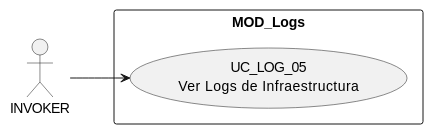
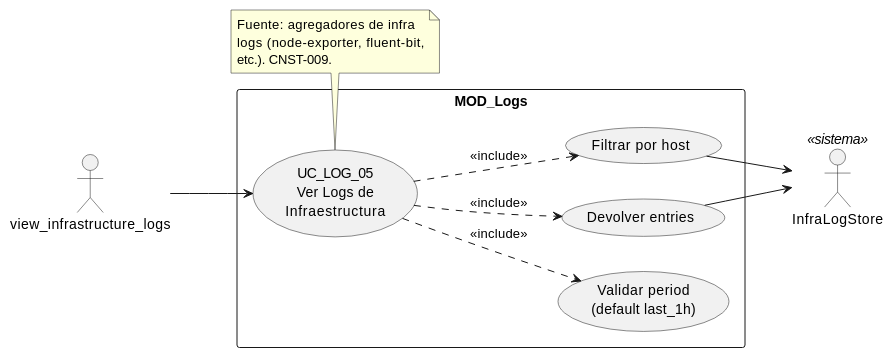
The diagram in source/requisitos/casos-uso/logs/uc-log-05/diagramas-uml/diagrama-de-caso-de-uso.rst (jcg-admin/IACT-docs), drawn with PlantUML before and after one commit. The commit also changed 6 other files, not shown here.

```diff
--- a/source/requisitos/casos-uso/logs/uc-log-05/diagramas-uml/diagrama-de-caso-de-uso.rst
+++ b/source/requisitos/casos-uso/logs/uc-log-05/diagramas-uml/diagrama-de-caso-de-uso.rst
@@ -4,22 +4,32 @@
 .. uml::
  :caption: UC_LOG_05 — actores y casos asociados
 
  @startuml
 
  left to right direction
 
- ' TODO (use-case-view-uml07-rebuild Nivel A): completar
- ' actores (INVOKER + beneficiarios + Sistema), sub-usecases
- ' (validaciones, side-effects, audit emit), relaciones
- ' (`<<include>>`, `<<extend>>`) y notas referenciando BRs/CNSTs.
- ' Ver patron canonico en uc-acc-01/diagramas-uml/diagrama-de-caso-de-uso.rst.
-
- actor "INVOKER" as INVOKER
+ actor "view_infrastructure_logs" as INVOKER
+ actor "InfraLogStore" as STORE <<sistema>>
 
  rectangle "MOD_Logs" {
-   usecase "UC_LOG_05\nVer Logs de Infraestructura" as UC_LOG_05
+   usecase "UC_LOG_05\nVer Logs de\nInfraestructura" as UC_LOG_05
+   usecase "Validar period\n(default last_1h)" as VALIDAR_PERIOD
+   usecase "Filtrar por host" as FILTRAR_HOST
+   usecase "Devolver entries" as DEVOLVER
  }
 
  INVOKER --> UC_LOG_05
+ UC_LOG_05 ..> VALIDAR_PERIOD : <<include>>
+ UC_LOG_05 ..> FILTRAR_HOST : <<include>>
+ UC_LOG_05 ..> DEVOLVER : <<include>>
+
+ FILTRAR_HOST --> STORE
+ DEVOLVER --> STORE
+
+ note bottom of UC_LOG_05
+   Fuente: agregadores de infra
+   logs (node-exporter, fluent-bit,
+   etc.). CNST-009.
+ end note
 
  @enduml
```
